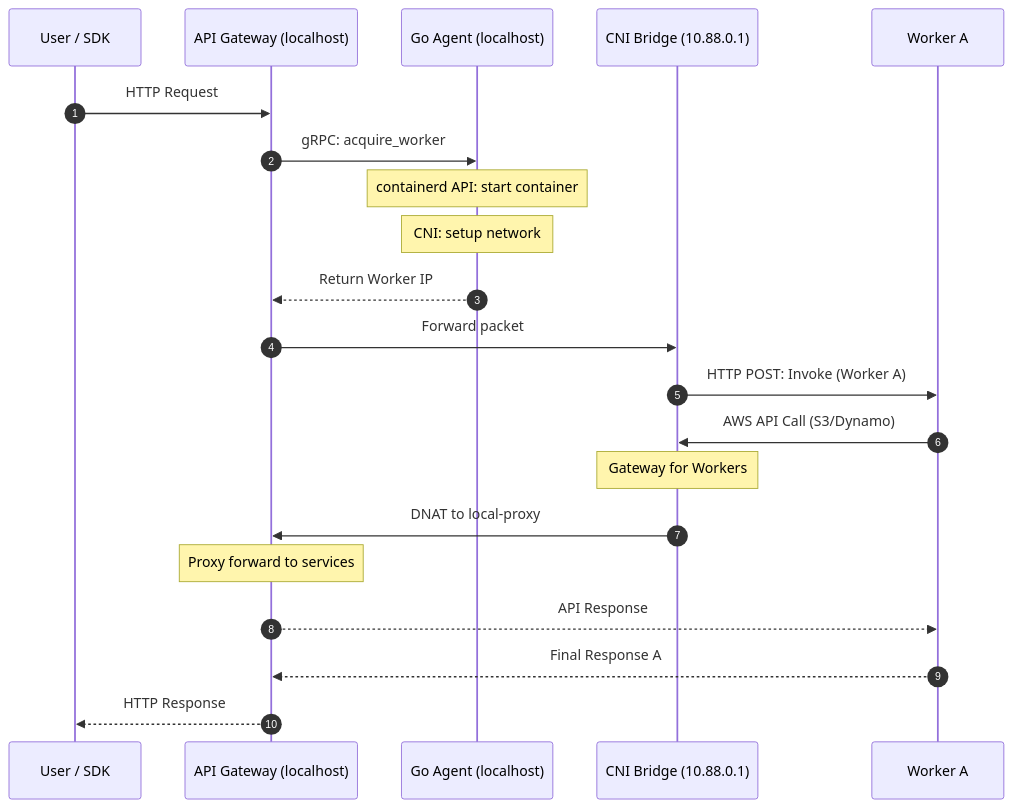
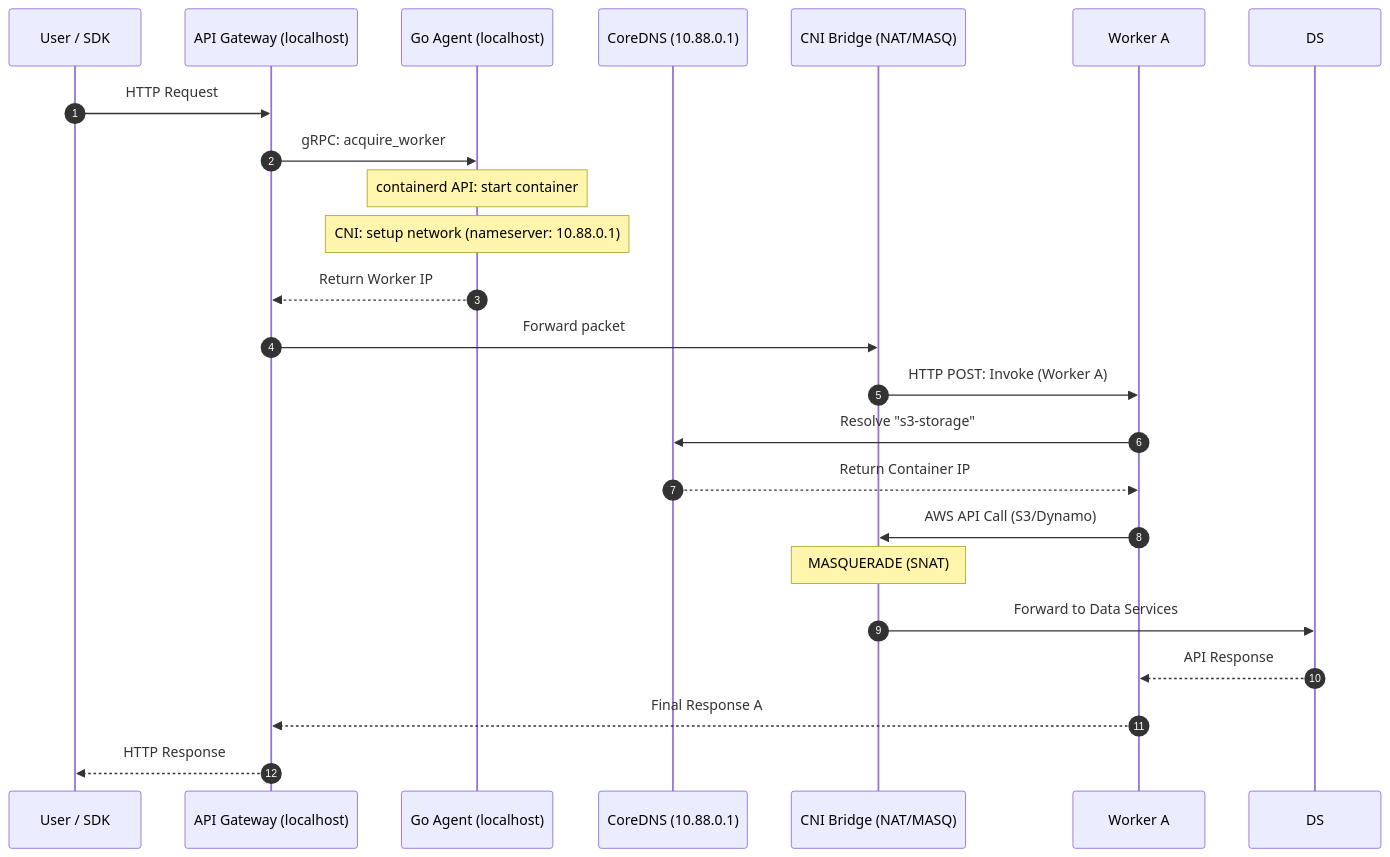
One commit to poruru-code/esb changed the fourth of 4 diagrams in docs/architecture-containerd.md. Above: the diagram before and after it, drawn with Mermaid. The commit also changed other lines of this file and 17 other files, not shown here.

First line of the commit message:
feat: implement DNS-based service discovery using CoreDNS sidecar

````diff
--- a/docs/architecture-containerd.md
+++ b/docs/architecture-containerd.md
@@ -157,27 +153,30 @@
 ```mermaid
 sequenceDiagram
     autonumber
     participant User as User / SDK
     participant GW as API Gateway (localhost)
     participant AG as Go Agent (localhost)
-    participant CNI as CNI Bridge (10.88.0.1)
+    participant DNS as CoreDNS (10.88.0.1)
+    participant CNI as CNI Bridge (NAT/MASQ)
     participant WA as Worker A
 
     User->>GW: HTTP Request
     GW->>AG: gRPC: acquire_worker
     Note over AG: containerd API: start container
-    Note over AG: CNI: setup network
+    Note over AG: CNI: setup network (nameserver: 10.88.0.1)
     AG-->>GW: Return Worker IP
     
     GW->>CNI: Forward packet
     CNI->>WA: HTTP POST: Invoke (Worker A)
     
+    WA->>DNS: Resolve "s3-storage"
+    DNS-->>WA: Return Container IP
+    
     WA->>CNI: AWS API Call (S3/Dynamo)
-    Note over CNI: Gateway for Workers
-    CNI->>GW: DNAT to local-proxy
-    Note over GW: Proxy forward to services
-    GW-->>WA: API Response
+    Note over CNI: MASQUERADE (SNAT)
+    CNI->>DS: Forward to Data Services
+    DS-->>WA: API Response
     
     WA-->>GW: Final Response A
     GW-->>User: HTTP Response
 ```
````
